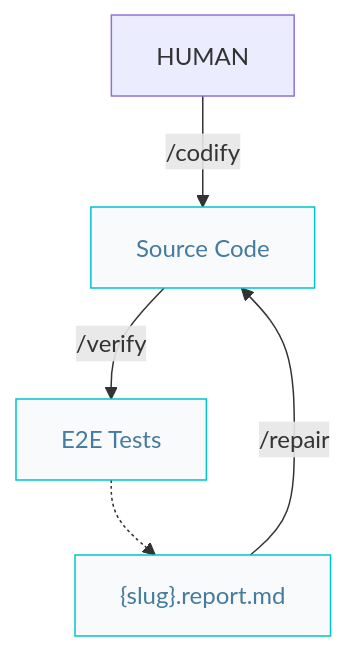
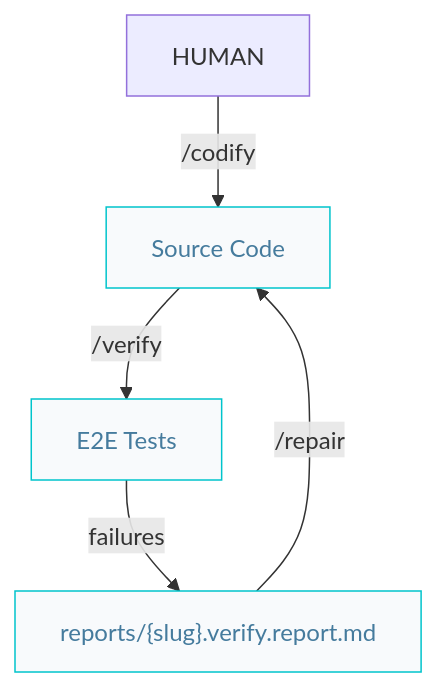
One commit to AIDDbot/AIDDbot changed the second of 2 diagrams in docs/builder.pipelines.md. Above: the diagram before and after it, drawn with Mermaid. The commit also changed other lines of this file and 13 other files, not shown here.

````diff
--- a/docs/builder.pipelines.md
+++ b/docs/builder.pipelines.md
@@ -21,14 +25,14 @@
 ```mermaid
 flowchart TD    
   HUM[HUMAN]
   COD[Source Code]:::nd
   E2E["E2E Tests"]:::nd
-  RPT["{slug}.report.md"]:::nd
+  RPT["reports/{slug}.verify.report.md"]:::nd
 
   HUM -->|/codify| COD
   COD -->|/verify| E2E
-  E2E -.-> RPT
+  E2E -->|failures| RPT
   RPT -->|/repair| COD
   
   classDef nd fill:#f8fafc,stroke:#00c4cc,color:#457b9d
 ```
````
